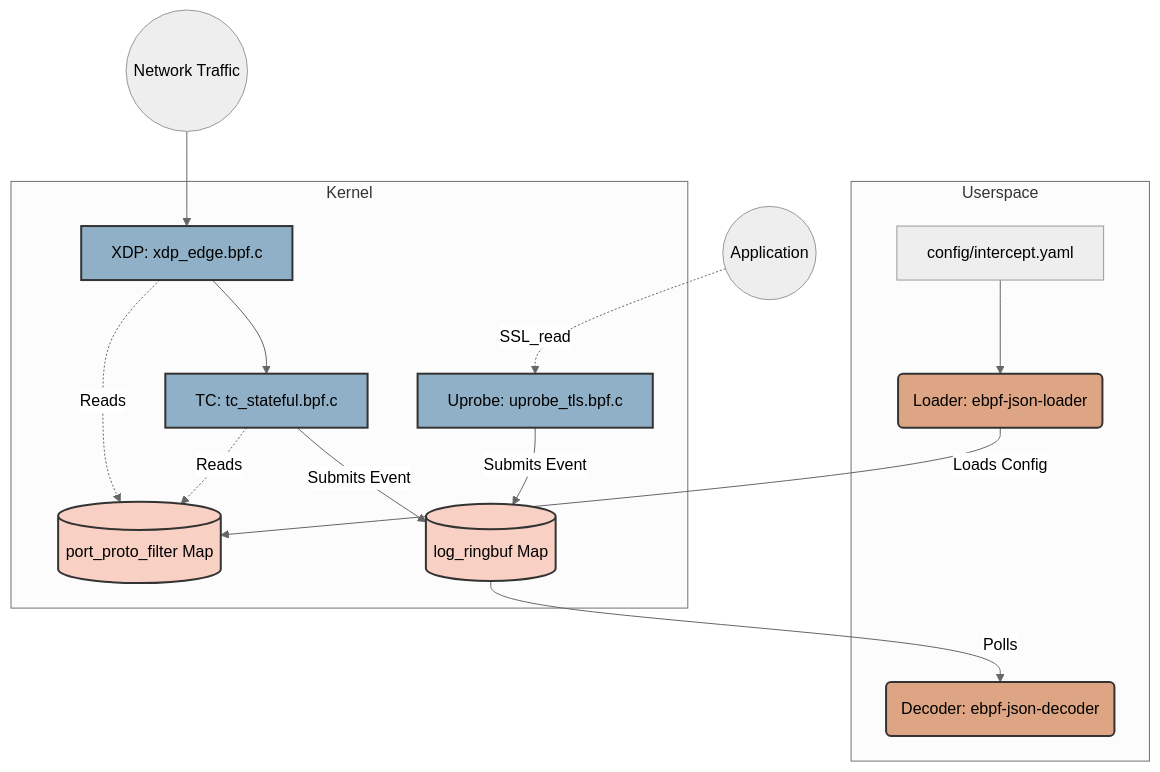
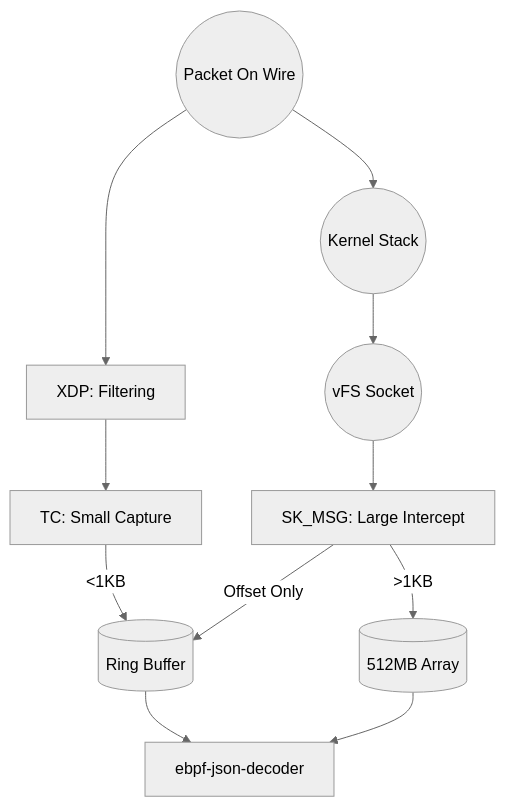
The second of 2 diagrams in docs/ARCHITECTURE.md (pedrofausto/ebpf_decoder), drawn with Mermaid (neutral theme) before and after one commit. The commit also changed other lines of this file and 3 other files, not shown here.

````diff
--- a/docs/ARCHITECTURE.md
+++ b/docs/ARCHITECTURE.md
@@ -75,40 +65,15 @@
 ```mermaid
 graph TD
-    subgraph Userspace
-        YAML[config/intercept.yaml]
-        Loader(Loader: ebpf-json-loader)
-        Decoder(Decoder: ebpf-json-decoder)
-    end
-
-    subgraph Kernel
-        MapFilter[(port_proto_filter Map)]
-        MapRingBuf[(log_ringbuf Map)]
-        
-        XDP[XDP: xdp_edge.bpf.c]
-        TC[TC: tc_stateful.bpf.c]
-        Uprobe[Uprobe: uprobe_tls.bpf.c]
-    end
-
-    Network((Network Traffic)) --> XDP
-    XDP --> TC
-    App((Application)) -. SSL_read .-> Uprobe
+    Packet((Packet On Wire)) --> XDP[XDP: Filtering]
+    XDP --> TC[TC: Small Capture]
+    TC -- <1KB --> RingBuf[(Ring Buffer)]
     
-    YAML --> Loader
-    Loader -- Loads Config --> MapFilter
+    Packet --> Stack((Kernel Stack))
+    Stack --> AppSocket((vFS Socket))
+    AppSocket --> SKMSG[SK_MSG: Large Intercept]
+    SKMSG -- >1KB --> SharedMem[(512MB Array)]
+    SKMSG -- Offset Only --> RingBuf
     
-    XDP -. Reads .-> MapFilter
-    TC -. Reads .-> MapFilter
-    
-    TC -- Submits Event --> MapRingBuf
-    Uprobe -- Submits Event --> MapRingBuf
-    
-    MapRingBuf -- Polls --> Decoder
-    
-    classDef rust fill:#dea584,stroke:#333,stroke-width:2px,color:black;
-    classDef bpf fill:#8fb0c6,stroke:#333,stroke-width:2px,color:black;
-    classDef map fill:#f9d0c4,stroke:#333,stroke-width:2px,color:black;
-    
-    class Loader,Decoder rust;
-    class XDP,TC,Uprobe bpf;
-    class MapFilter,MapRingBuf map;
+    RingBuf --> Decoder[ebpf-json-decoder]
+    SharedMem --> Decoder
 ```
````
